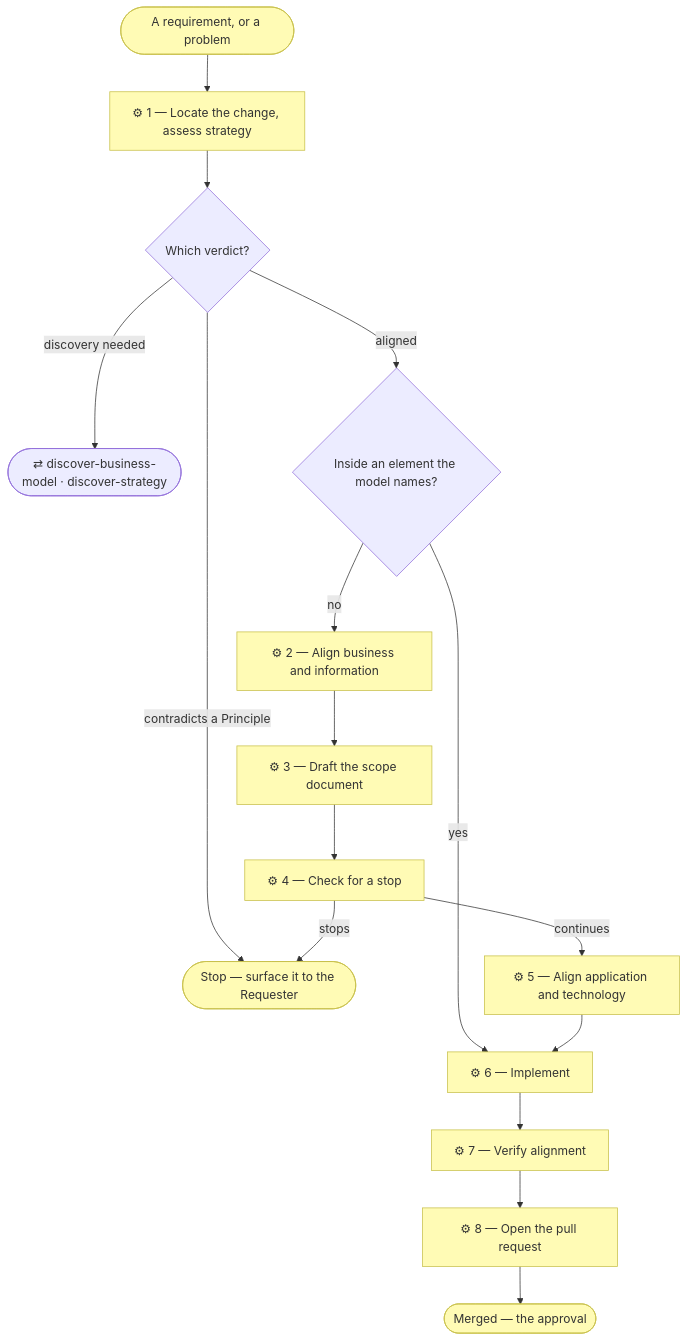
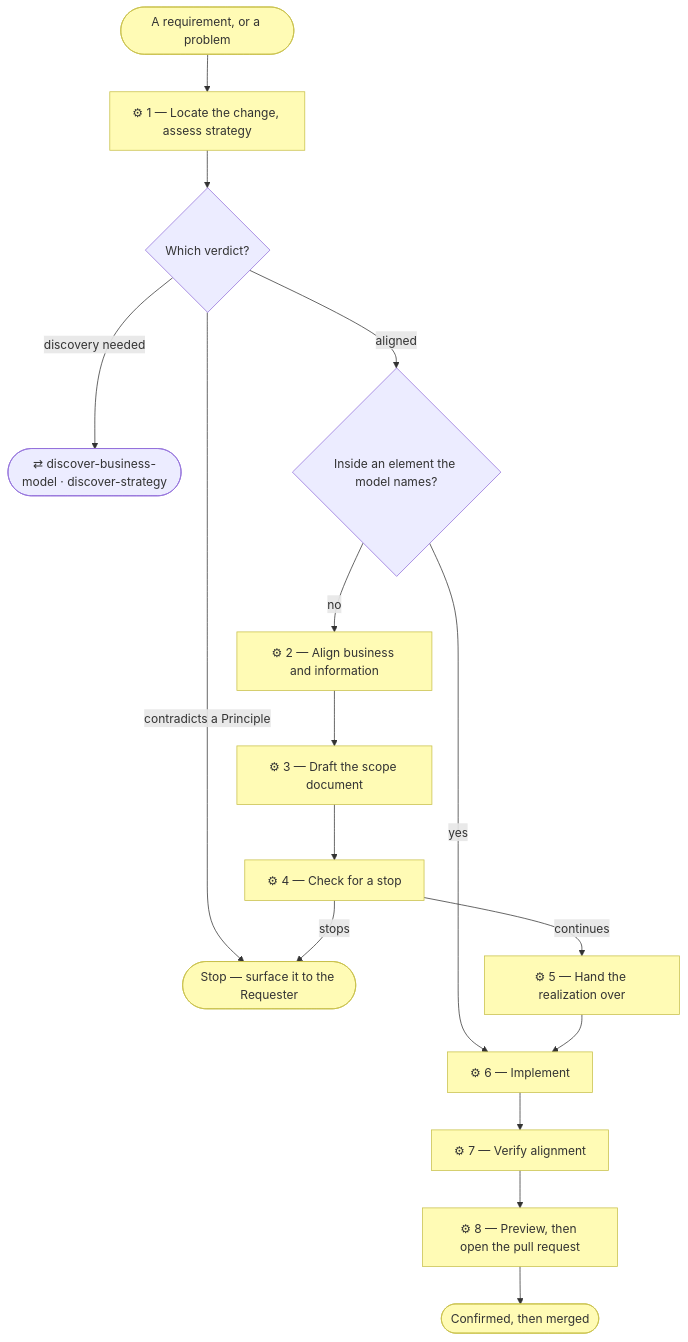
One commit to roanboc/archreator changed the diagram in plugins/archreator/skills/align-change-through-layers/SKILL.md. Above: the diagram before and after it, drawn with Mermaid. The commit also changed other lines of this file and 47 other files, not shown here.

First line of the commit message:
feat!: method 0.7 — confirmed in the conversation, realization handed over

````diff
--- a/plugins/archreator/skills/align-change-through-layers/SKILL.md
+++ b/plugins/archreator/skills/align-change-through-layers/SKILL.md
@@ -56,30 +60,30 @@
 ```mermaid
 flowchart TD
   req(["A requirement, or a problem"])
   s1["⚙ 1 — Locate the change, assess strategy"]
   v{"Which verdict?"}
   disc(["⇄ discover-business-model · discover-strategy"])
   stop(["Stop — surface it to the Requester"])
   bug{"Inside an element the model names?"}
   s2["⚙ 2 — Align business and information"]
   s3["⚙ 3 — Draft the scope document"]
   s4["⚙ 4 — Check for a stop"]
-  s5["⚙ 5 — Align application and technology"]
+  s5["⚙ 5 — Hand the realization over"]
   s6["⚙ 6 — Implement"]
   s7["⚙ 7 — Verify alignment"]
-  s8["⚙ 8 — Open the pull request"]
-  merged(["Merged — the approval"])
+  s8["⚙ 8 — Preview, then open the pull request"]
+  merged(["Confirmed, then merged"])
 
   req --> s1 --> v
   v -->|discovery needed| disc
   v -->|contradicts a Principle| stop
   v -->|aligned| bug
   bug -->|yes| s6
   bug -->|no| s2 --> s3 --> s4
   s4 -->|stops| stop
   s4 -->|continues| s5 --> s6
   s6 --> s7 --> s8 --> merged
 
   classDef business fill:#fffbb5,stroke:#c8c04a,color:#333
   class s1,s2,s3,s4,s5,s6,s7,s8,req,merged,stop business
 ```
````
